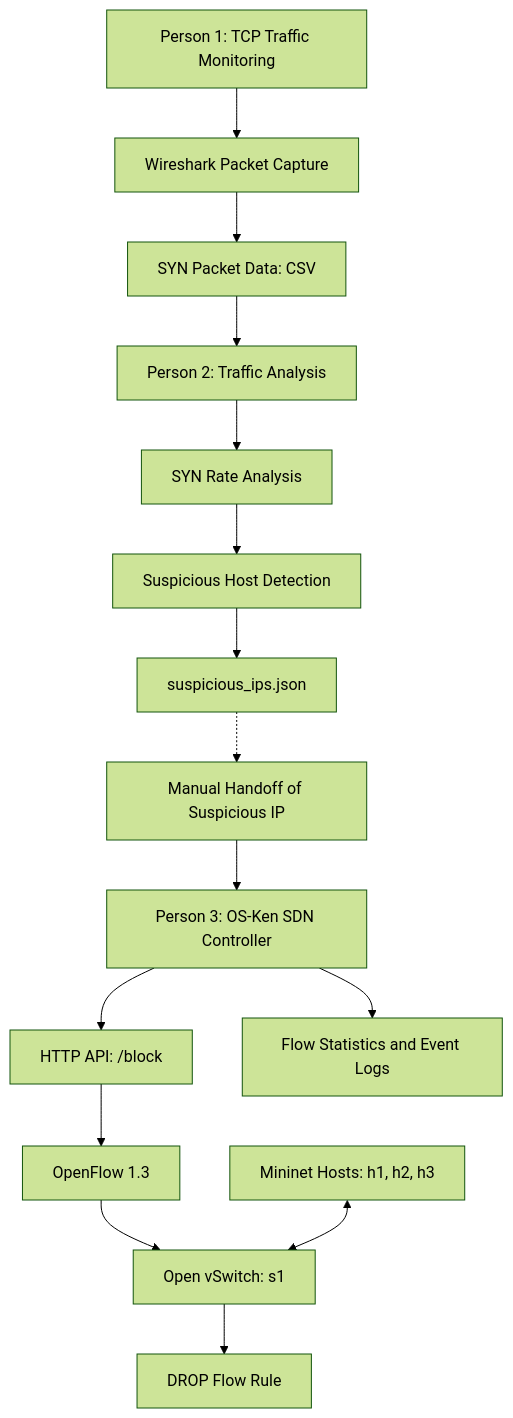
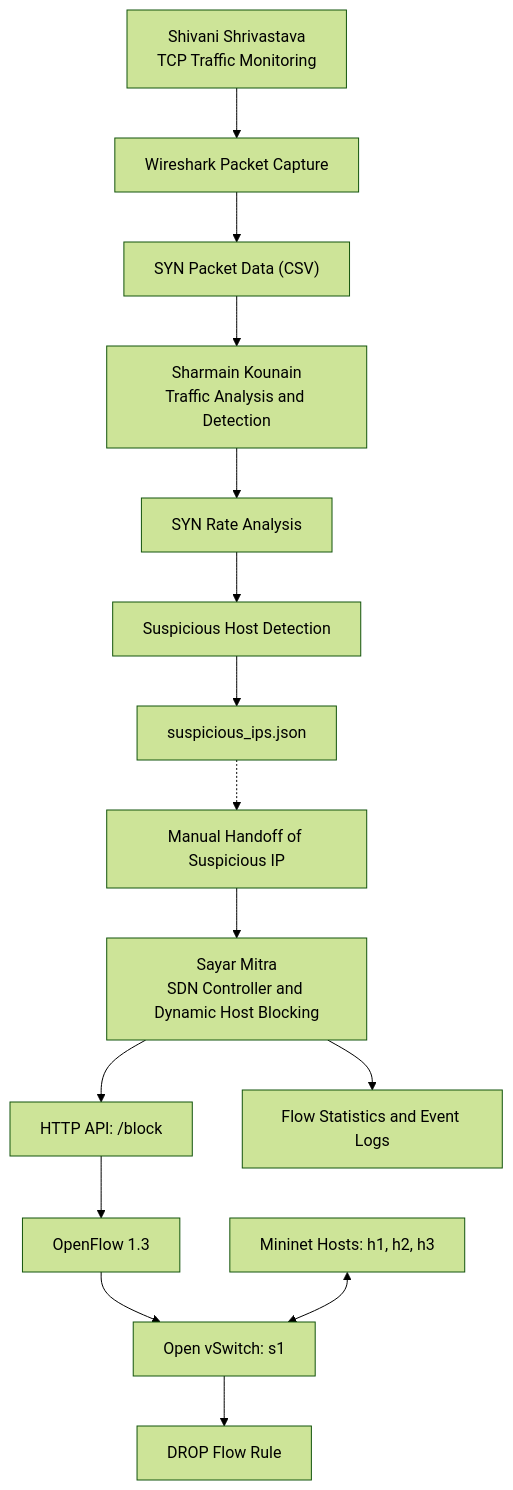
Before and after one commit to sharmainkounain/Dynamic-Host-Blocking-System: the diagram in README.md, drawn with Mermaid (forest theme). The commit also changed other lines of this file, not shown here.

Commit message:
Update README with team names and vertical architecture

````diff
--- a/README.md
+++ b/README.md
@@ -86,26 +13,30 @@
 ```mermaid
 flowchart TD
-    A["Person 1: TCP Traffic Monitoring"]
+    A["Shivani Shrivastava<br/>TCP Traffic Monitoring"]
     B["Wireshark Packet Capture"]
-    C["SYN Packet Data: CSV"]
-    D["Person 2: Traffic Analysis"]
+    C["SYN Packet Data (CSV)"]
+
+    D["Sharmain Kounain<br/>Traffic Analysis and Detection"]
     E["SYN Rate Analysis"]
     F["Suspicious Host Detection"]
     G["suspicious_ips.json"]
+
     H["Manual Handoff of Suspicious IP"]
-    I["Person 3: OS-Ken SDN Controller"]
+
+    I["Sayar Mitra<br/>SDN Controller and Dynamic Host Blocking"]
     J["HTTP API: /block"]
     K["OpenFlow 1.3"]
     L["Open vSwitch: s1"]
     M["Mininet Hosts: h1, h2, h3"]
     N["DROP Flow Rule"]
     O["Flow Statistics and Event Logs"]
 
     A --> B --> C --> D
     D --> E --> F --> G
     G -.-> H
-    H --> I --> J --> K --> L
+    H --> I
+    I --> J --> K --> L
     L --> N
     M <--> L
     I --> O
 ```
````
